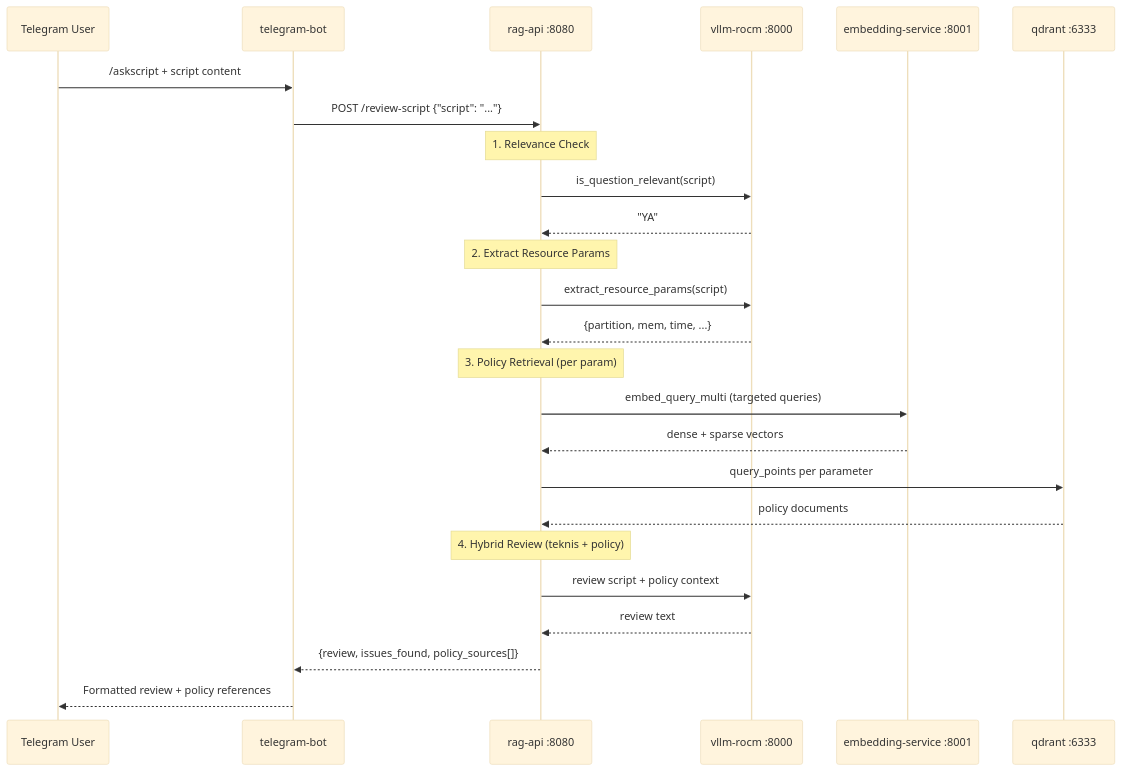
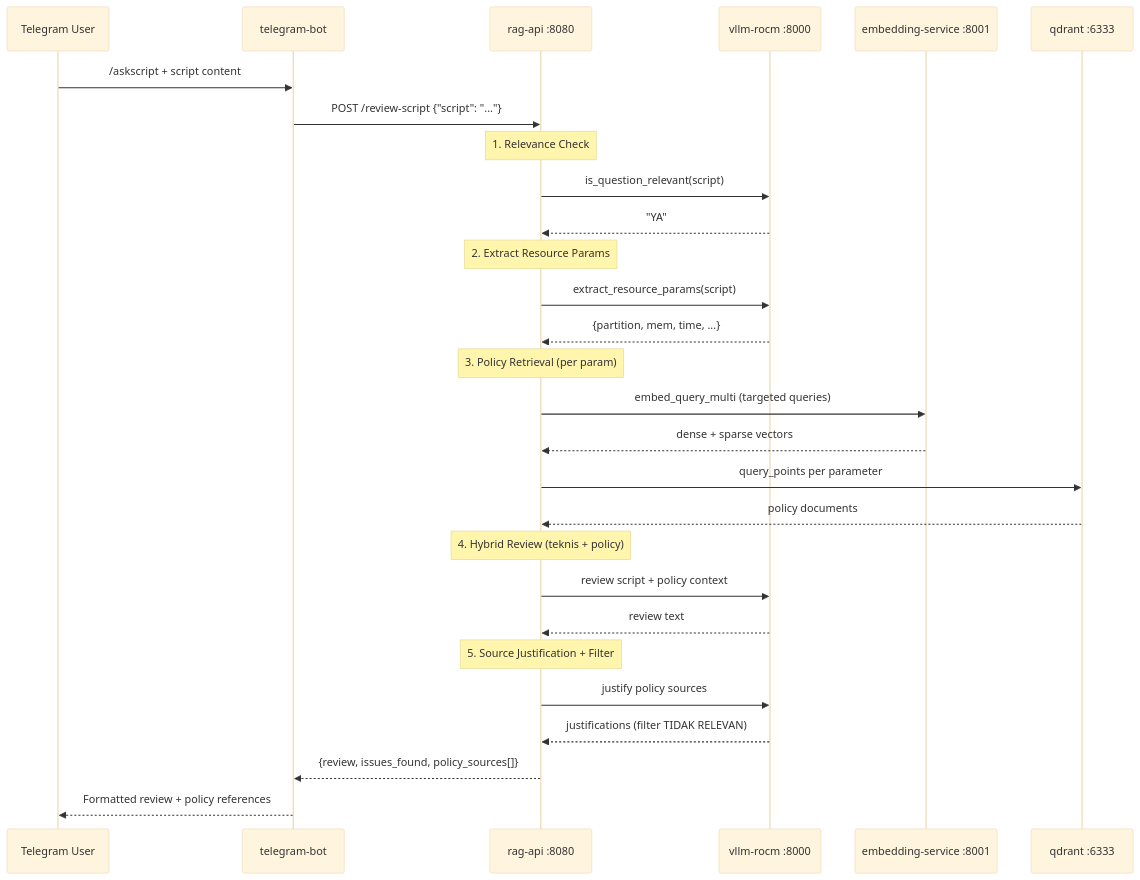
The third of 13 diagrams in docs/MICROSERVICES_ARCHITECTURE.md (kristonova/rag-for-l1-aleleon-hpc-support), drawn with Mermaid (base theme) before and after one commit. The commit also changed other lines of this file, not shown here.

Commit message:
docs: add microservices architecture documentation and archive rag_slurm_vllm.py script

````diff
--- a/docs/MICROSERVICES_ARCHITECTURE.md
+++ b/docs/MICROSERVICES_ARCHITECTURE.md
@@ -101,33 +110,37 @@
 ```mermaid
 sequenceDiagram
     participant U as Telegram User
     participant TB as telegram-bot
     participant API as rag-api :8080
     participant LLM as vllm-rocm :8000
     participant EMB as embedding-service :8001
     participant QD as qdrant :6333
 
     U->>TB: /askscript + script content
     TB->>API: POST /review-script {"script": "..."}
 
     Note over API: 1. Relevance Check
     API->>LLM: is_question_relevant(script)
     LLM-->>API: "YA"
 
     Note over API: 2. Extract Resource Params
     API->>LLM: extract_resource_params(script)
     LLM-->>API: {partition, mem, time, ...}
 
     Note over API: 3. Policy Retrieval (per param)
     API->>EMB: embed_query_multi (targeted queries)
     EMB-->>API: dense + sparse vectors
     API->>QD: query_points per parameter
     QD-->>API: policy documents
 
     Note over API: 4. Hybrid Review (teknis + policy)
     API->>LLM: review script + policy context
     LLM-->>API: review text
 
+    Note over API: 5. Source Justification + Filter
+    API->>LLM: justify policy sources
+    LLM-->>API: justifications (filter TIDAK RELEVAN)
+
     API-->>TB: {review, issues_found, policy_sources[]}
     TB-->>U: Formatted review + policy references
 ```
````
